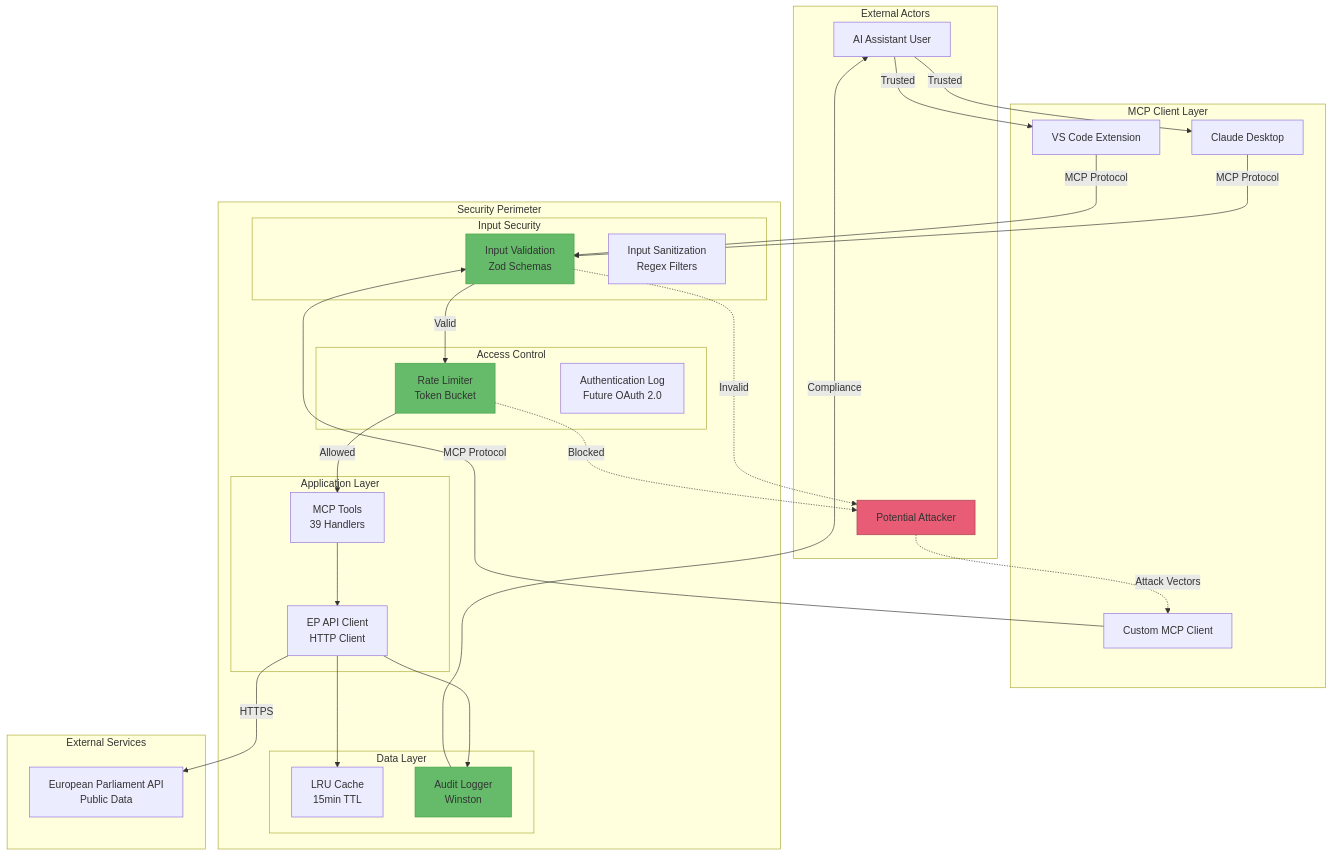
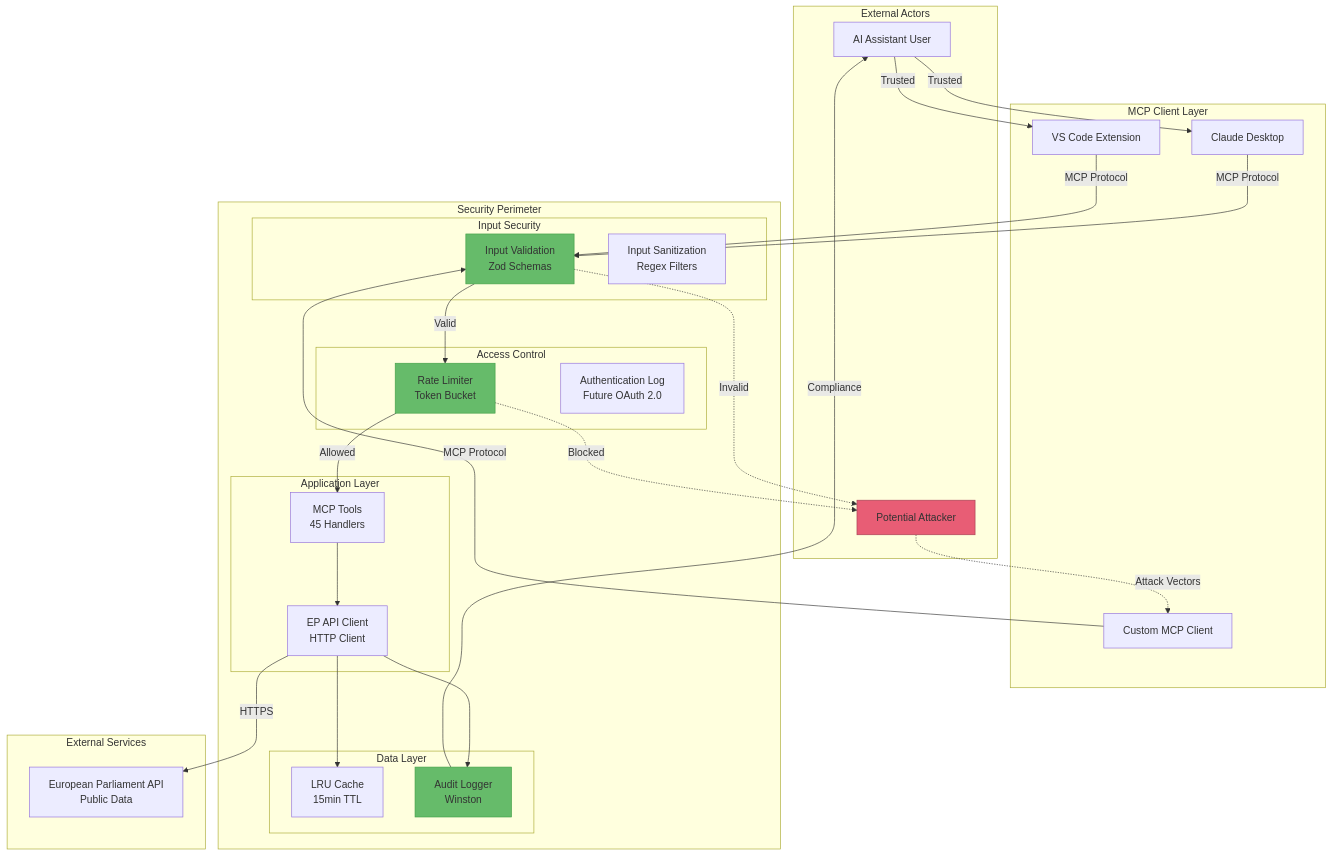
The second of 27 diagrams in docs/api-markdown/_media/SECURITY_ARCHITECTURE.md (Hack23/European-Parliament-MCP-Server), drawn with Mermaid before and after one commit. The commit also changed other lines of this file and 35 other files, not shown here.

````diff
--- a/docs/api-markdown/_media/SECURITY_ARCHITECTURE.md
+++ b/docs/api-markdown/_media/SECURITY_ARCHITECTURE.md
@@ -225,65 +225,65 @@
 ```mermaid
 graph TB
     subgraph "External Actors"
         USER[AI Assistant User]
         ATTACKER[Potential Attacker]
     end
     
     subgraph "MCP Client Layer"
         CLAUDE[Claude Desktop]
         VSCODE[VS Code Extension]
         CUSTOM[Custom MCP Client]
     end
     
     subgraph "Security Perimeter"
         subgraph "Input Security"
             VALIDATOR[Input Validation<br/>Zod Schemas]
             SANITIZER[Input Sanitization<br/>Regex Filters]
         end
         
         subgraph "Access Control"
             RATELIMIT[Rate Limiter<br/>Token Bucket]
             AUTHLOG[Authentication Log<br/>Future OAuth 2.0]
         end
         
         subgraph "Application Layer"
-            TOOLS[MCP Tools<br/>39 Handlers]
+            TOOLS[MCP Tools<br/>45 Handlers]
             CLIENT[EP API Client<br/>HTTP Client]
         end
         
         subgraph "Data Layer"
             CACHE[LRU Cache<br/>15min TTL]
             AUDIT[Audit Logger<br/>Winston]
         end
     end
     
     subgraph "External Services"
         EP_API[European Parliament API<br/>Public Data]
     end
     
     USER -->|Trusted| CLAUDE
     USER -->|Trusted| VSCODE
     ATTACKER -.->|Attack Vectors| CUSTOM
     
     CLAUDE -->|MCP Protocol| VALIDATOR
     VSCODE -->|MCP Protocol| VALIDATOR
     CUSTOM -->|MCP Protocol| VALIDATOR
     
     VALIDATOR -->|Valid| RATELIMIT
     VALIDATOR -.->|Invalid| ATTACKER
     
     RATELIMIT -->|Allowed| TOOLS
     RATELIMIT -.->|Blocked| ATTACKER
     
     TOOLS --> CLIENT
     CLIENT --> CACHE
     CLIENT --> AUDIT
     CLIENT -->|HTTPS| EP_API
     
     AUDIT -->|Compliance| USER
     
     style VALIDATOR fill:#66BB6A,stroke:#43A047
     style RATELIMIT fill:#66BB6A,stroke:#43A047
     style AUDIT fill:#66BB6A,stroke:#43A047
     style ATTACKER fill:#E85D75,stroke:#A53F52
 ```
````
